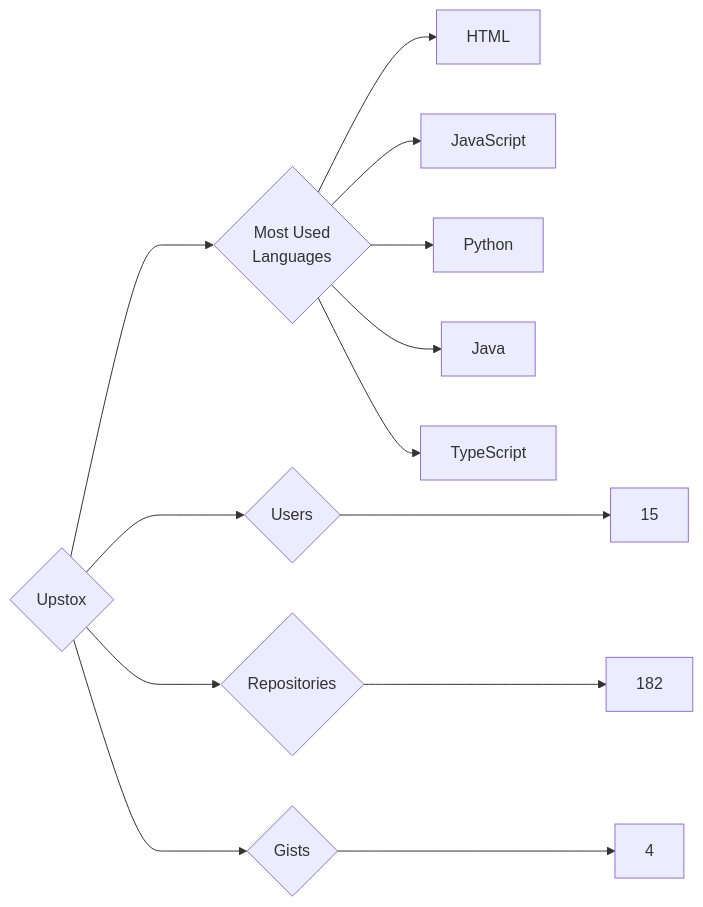
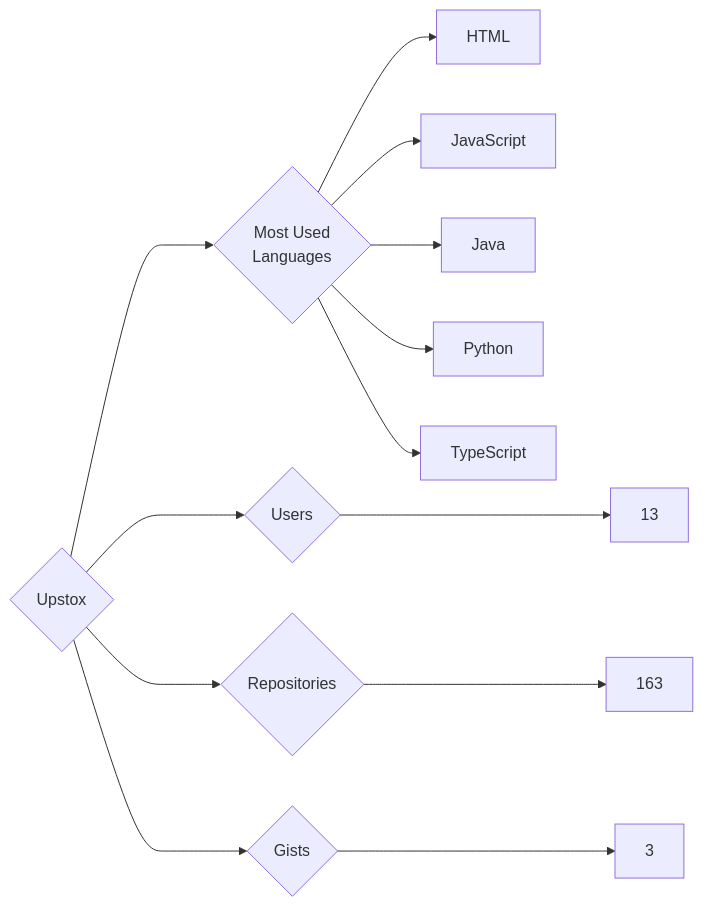
The diagram in targets/Upstox/README.md (trickest/insiders), drawn with Mermaid before and after one commit. The commit also changed 1479 other files, not shown here.

````diff
--- a/targets/Upstox/README.md
+++ b/targets/Upstox/README.md
@@ -3,13 +3,13 @@
 ```mermaid
 graph LR
 COMPANY_NAME{Upstox}
-COMPANY_NAME ---> U{Users} ---> UN[15]
-COMPANY_NAME ---> R{Repositories} ---> RN[182]
-COMPANY_NAME ---> G{Gists} ---> GN[4]
+COMPANY_NAME ---> U{Users} ---> UN[13]
+COMPANY_NAME ---> R{Repositories} ---> RN[163]
+COMPANY_NAME ---> G{Gists} ---> GN[3]
 COMPANY_NAME ---> ML{Most Used<br>Languages}
 ML --> HTML[HTML]
 ML --> JavaScript[JavaScript]
+ML --> Java[Java]
 ML --> Python[Python]
-ML --> Java[Java]
 ML --> TypeScript[TypeScript]
 ```
````
